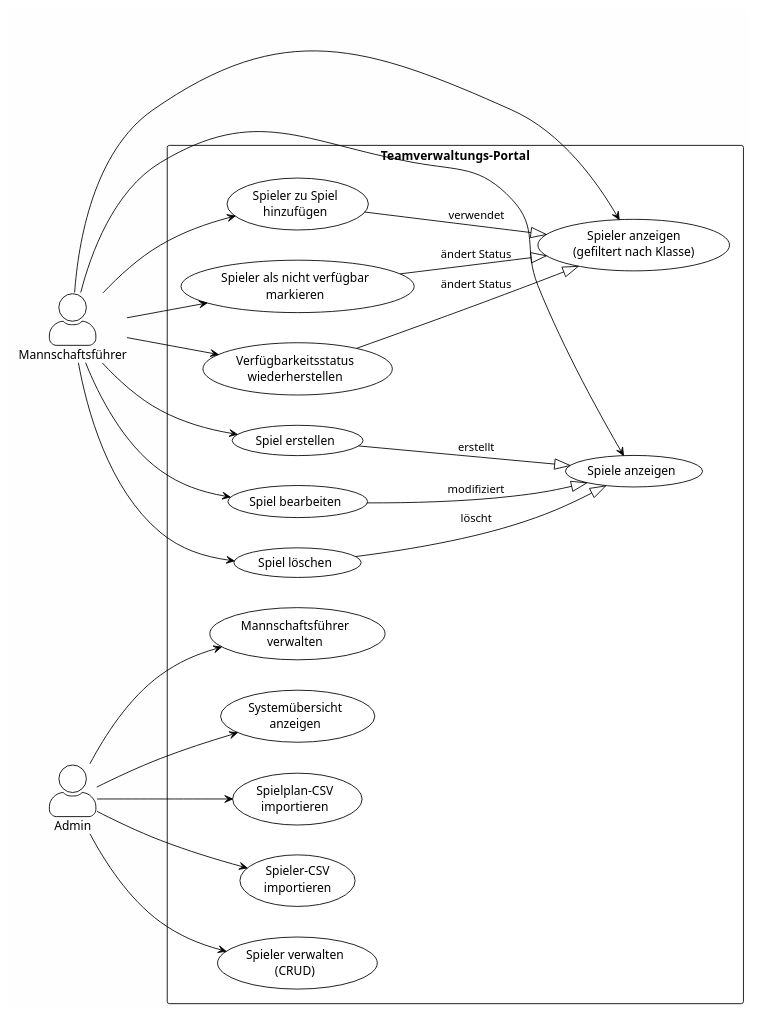
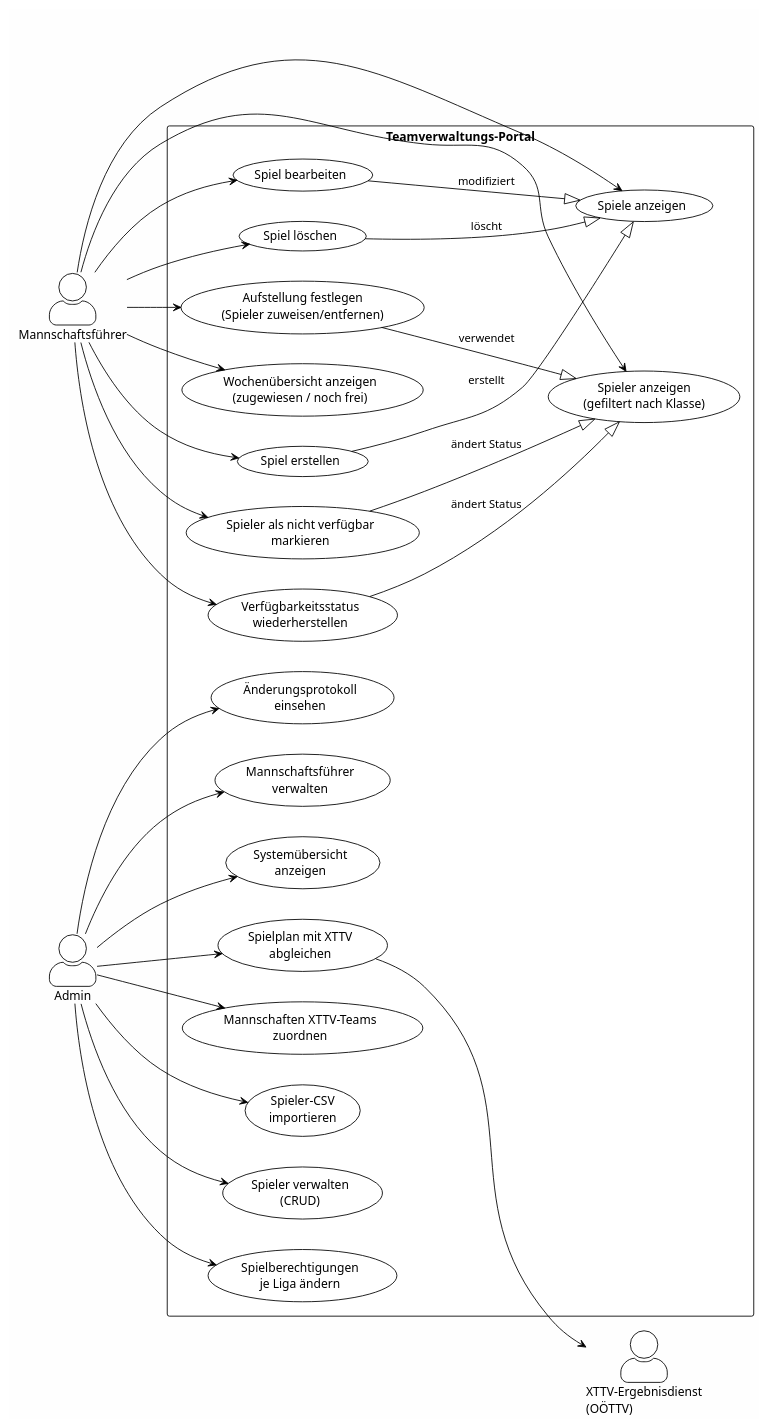
One commit to jbrunnerhtl/tabletennis-docs changed the diagram in asciidocs/docs/specification.adoc. Above: the diagram before and after it, drawn with PlantUML. The commit also changed other lines of this file, not shown here.

```diff
--- a/asciidocs/docs/specification.adoc
+++ b/asciidocs/docs/specification.adoc
@@ -80,53 +83,63 @@
 [plantuml]
 ....
 @startuml
 !theme plain
 left to right direction
 skinparam backgroundColor #FEFEFE
 skinparam ActorStyle awesome
 
 actor "Mannschaftsführer" as MF
 actor "Admin" as Admin
+actor "XTTV-Ergebnisdienst\n(OÖTTV)" as XTTV
 
 rectangle "Teamverwaltungs-Portal" {
   usecase "Spiele anzeigen" as UC1
   usecase "Spiel erstellen" as UC2
   usecase "Spiel bearbeiten" as UC3
   usecase "Spiel löschen" as UC4
   
   usecase "Spieler anzeigen\n(gefiltert nach Klasse)" as UC5
-  usecase "Spieler zu Spiel\nhinzufügen" as UC5b
+  usecase "Aufstellung festlegen\n(Spieler zuweisen/entfernen)" as UC5b
+  usecase "Wochenübersicht anzeigen\n(zugewiesen / noch frei)" as UC5c
   usecase "Spieler als nicht verfügbar\nmarkieren" as UC6
   usecase "Verfügbarkeitsstatus\nwiederherstellen" as UC7
   
-  usecase "Spielplan-CSV\nimportieren" as UC8
+  usecase "Spielplan mit XTTV\nabgleichen" as UC8
+  usecase "Mannschaften XTTV-Teams\nzuordnen" as UC8b
   usecase "Spieler-CSV\nimportieren" as UC9
   usecase "Spieler verwalten\n(CRUD)" as UC10
+  usecase "Spielberechtigungen\nje Liga ändern" as UC10b
+  usecase "Änderungsprotokoll\neinsehen" as UC13
   usecase "Mannschaftsführer\nverwalten" as UC11
   usecase "Systemübersicht\nanzeigen" as UC12
 }
 
 MF --> UC1
 MF --> UC2
 MF --> UC3
 MF --> UC4
 MF --> UC5
 MF --> UC5b
+MF --> UC5c
 MF --> UC6
 MF --> UC7
 
 Admin --> UC8
+Admin --> UC8b
+UC8 --> XTTV
 Admin --> UC9
 Admin --> UC10
+Admin --> UC10b
+Admin --> UC13
 Admin --> UC11
 Admin --> UC12
 
 UC2 --|> UC1 : "erstellt"
 UC3 --|> UC1 : "modifiziert"
 UC4 --|> UC1 : "löscht"
 UC5b --|> UC5 : "verwendet"
 UC6 --|> UC5 : "ändert Status"
 UC7 --|> UC5 : "ändert Status"
 
 @enduml
 ....
```
